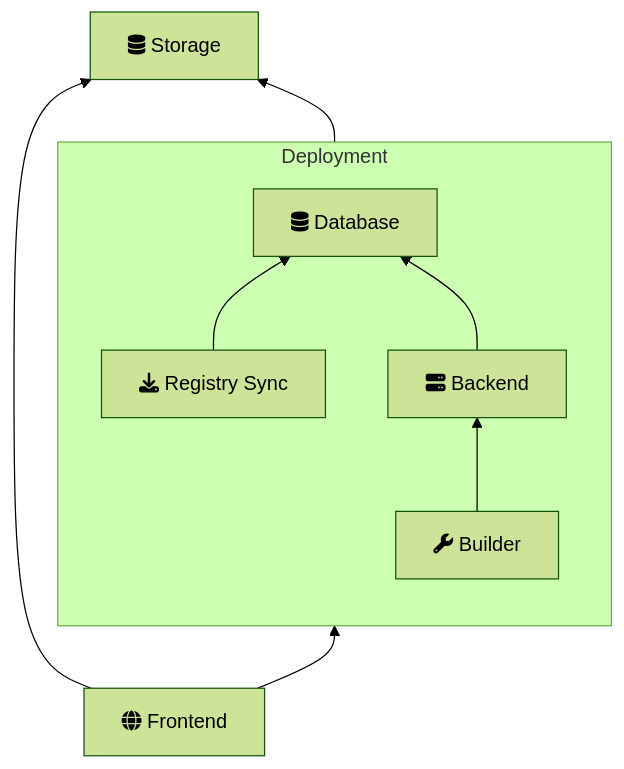
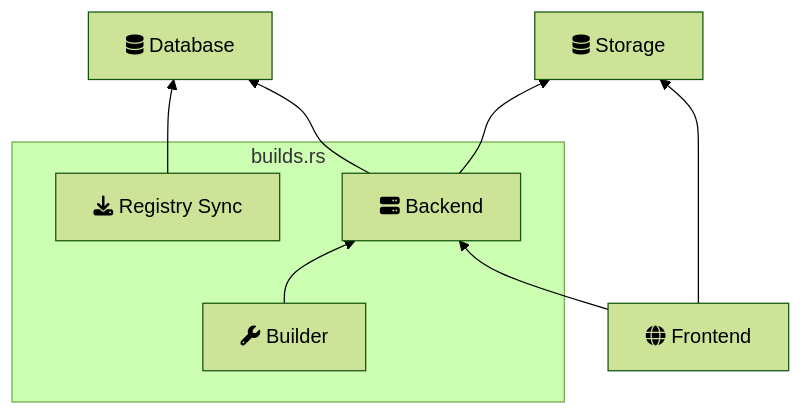
One commit to buildsrs/buildsrs changed the first of 2 diagrams in docs/developers/components.md. Above: the diagram before and after it, drawn with Mermaid (forest theme). The commit also changed other lines of this file and 8 other files, not shown here.

````diff
--- a/docs/developers/components.md
+++ b/docs/developers/components.md
@@ -8,16 +8,17 @@
 ```mermaid
 graph BT
     Storage[fa:fa-database Storage]
-    subgraph Deployment
-        direction BT
-        Database[fa:fa-database Database]
-        Sync[fa:fa-download Registry Sync] --> Database
+    Database[fa:fa-database Database]
+    Frontend[fa:fa-globe Frontend]
+    subgraph builds.rs
         Backend[fa:fa-server Backend]
-        Backend  --> Database
-        Builder[fa:fa-wrench Builder] --> Backend
+        Sync[fa:fa-download Registry Sync] 
+        Builder[fa:fa-wrench Builder]
+        Builder --> Backend
     end
+    Sync --> Database
+    Backend  --> Database
     Backend  --> Storage
-    Frontend[fa:fa-globe Frontend]
     Frontend --> Storage
     Frontend --> Backend
 ```
````
